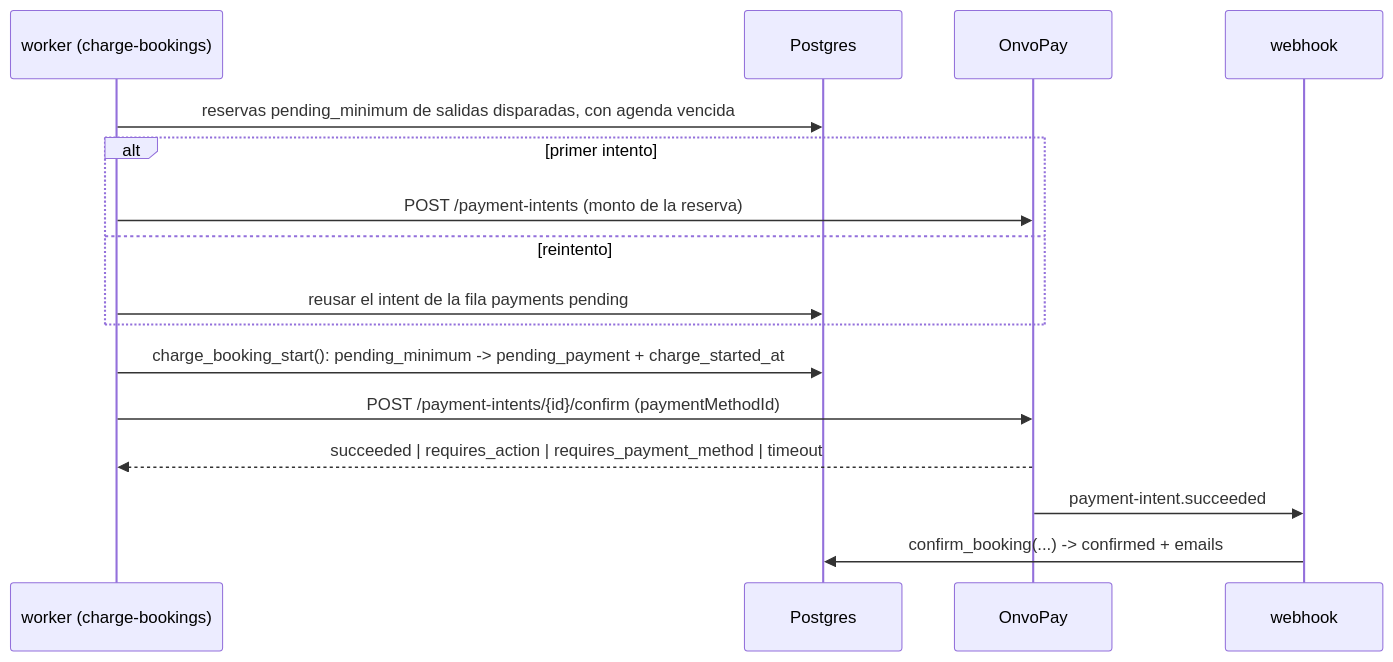
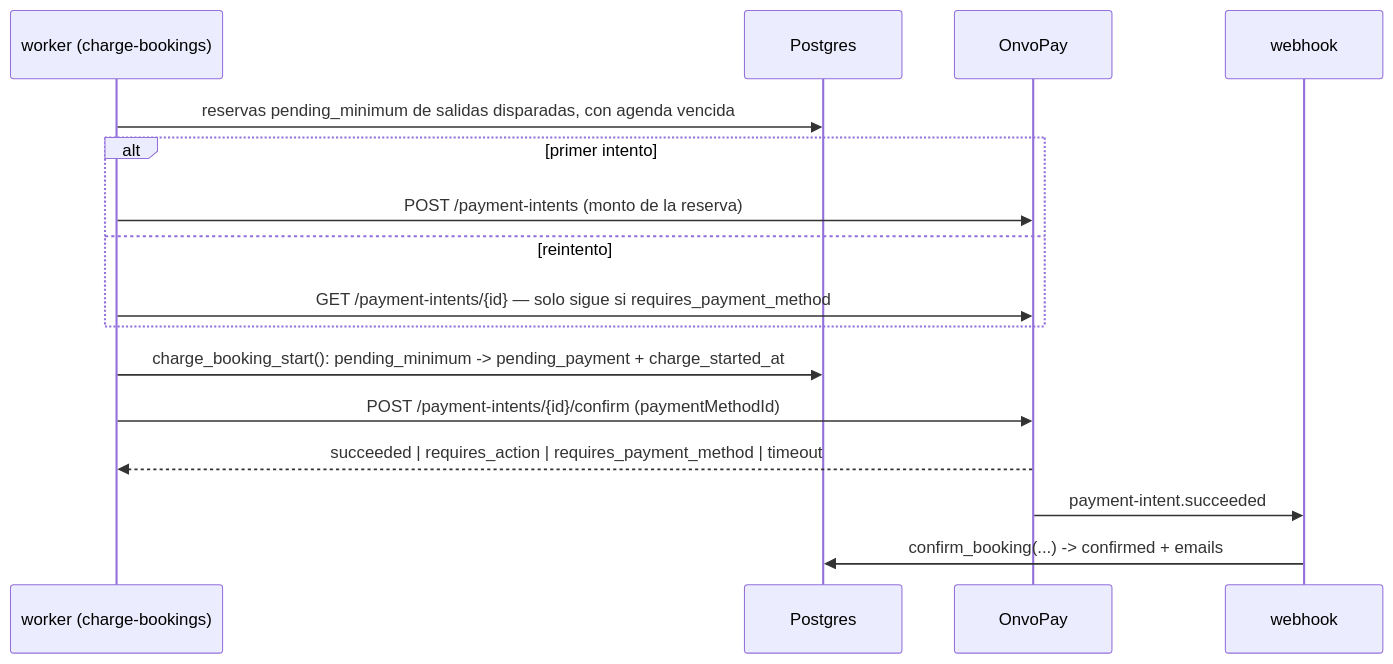
One commit to KthArg/boka-reservations changed the first of 2 diagrams in docs/specs/0029-cupo-minimo-y-cobro-diferido.md. Above: the diagram before and after it, drawn with Mermaid. The commit also changed other lines of this file, not shown here.

````diff
--- a/docs/specs/0029-cupo-minimo-y-cobro-diferido.md
+++ b/docs/specs/0029-cupo-minimo-y-cobro-diferido.md
@@ -125,19 +133,19 @@
 ```mermaid
 sequenceDiagram
     participant W as worker (charge-bookings)
     participant DB as Postgres
     participant O as OnvoPay
     participant H as webhook
 
     W->>DB: reservas pending_minimum de salidas disparadas, con agenda vencida
     alt primer intento
         W->>O: POST /payment-intents (monto de la reserva)
     else reintento
-        W->>DB: reusar el intent de la fila payments pending
+        W->>O: GET /payment-intents/{id} — solo sigue si requires_payment_method
     end
     W->>DB: charge_booking_start(): pending_minimum -> pending_payment + charge_started_at
     W->>O: POST /payment-intents/{id}/confirm (paymentMethodId)
     O-->>W: succeeded | requires_action | requires_payment_method | timeout
     O->>H: payment-intent.succeeded
     H->>DB: confirm_booking(...) -> confirmed + emails
 ```
````
